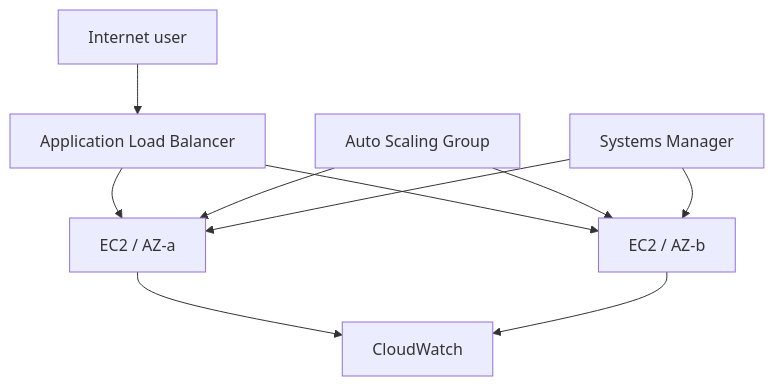
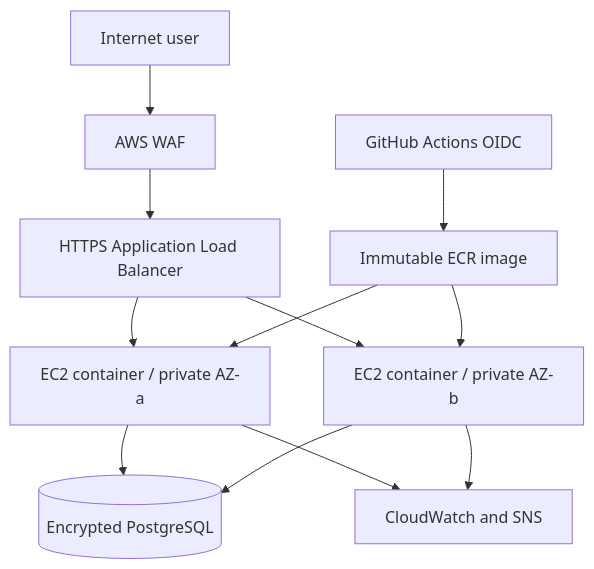
The diagram in docs/ARCHITECTURE.md (Olivierg98/cloudpulse-aws-platform), drawn with Mermaid before and after one commit. The commit also changed other lines of this file and 23 other files, not shown here.

First line of the commit message:
feat: add production-grade AWS deployment architecture

````diff
--- a/docs/ARCHITECTURE.md
+++ b/docs/ARCHITECTURE.md
@@ -3,12 +3,14 @@
 ```mermaid
 flowchart TB
-  User[Internet user] --> ALB[Application Load Balancer]
-  ALB --> A[EC2 / AZ-a]
-  ALB --> B[EC2 / AZ-b]
-  ASG[Auto Scaling Group] --> A
-  ASG --> B
-  A --> CW[CloudWatch]
+  User[Internet user] --> WAF[AWS WAF]
+  WAF --> ALB[HTTPS Application Load Balancer]
+  ALB --> A[EC2 container / private AZ-a]
+  ALB --> B[EC2 container / private AZ-b]
+  A --> RDS[(Encrypted PostgreSQL)]
+  B --> RDS
+  GHA[GitHub Actions OIDC] --> ECR[Immutable ECR image]
+  ECR --> A
+  ECR --> B
+  A --> CW[CloudWatch and SNS]
   B --> CW
-  SSM[Systems Manager] --> A
-  SSM --> B
 ```
````
